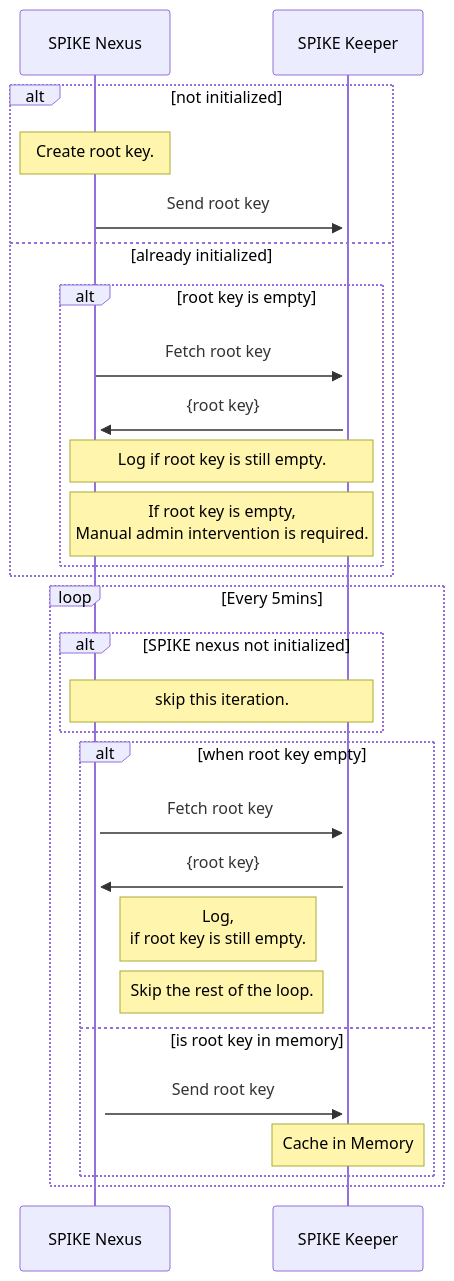
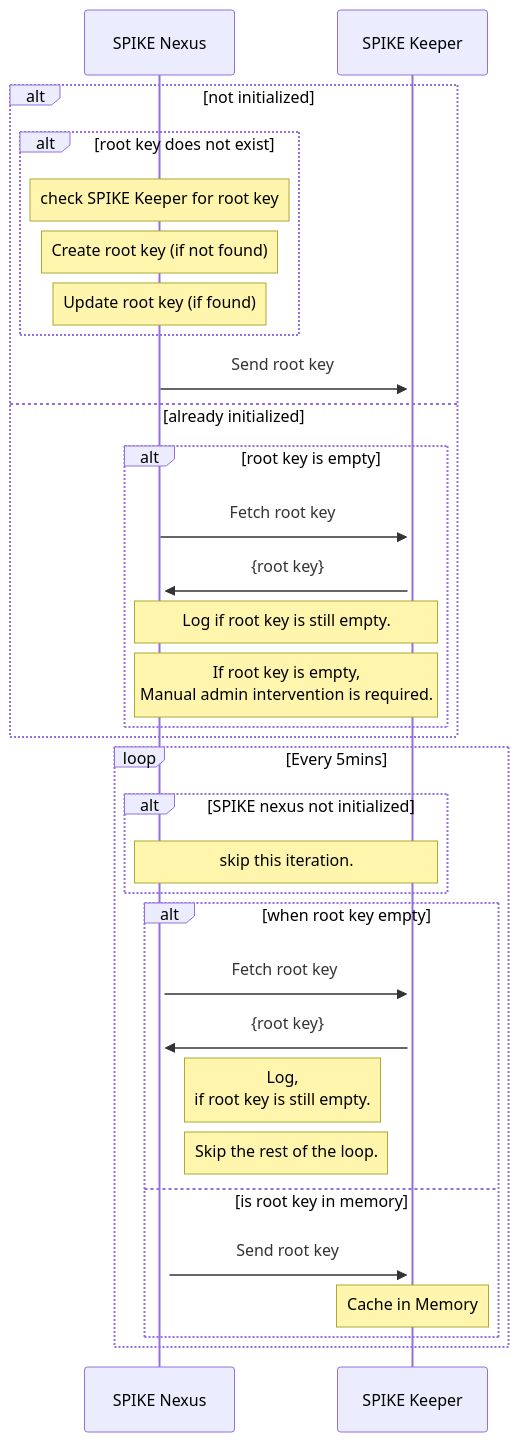
One commit to spiffe/spike changed the diagram in docs/architecture/charts/day-zero.md. Above: the diagram before and after it, drawn with Mermaid. The commit also changed 4 other files, not shown here.

````diff
--- a/docs/architecture/charts/day-zero.md
+++ b/docs/architecture/charts/day-zero.md
@@ -3,35 +3,39 @@
 ```mermaid
 sequenceDiagram
     participant N as SPIKE Nexus
     participant K as SPIKE Keeper
     alt not initialized
-        Note over N: Create root key.
-
+        alt root key does not exist
+            Note over N: check SPIKE Keeper for root key
+            Note over N: Create root key (if not found)
+            Note over N: Update root key (if found)
+        end
+        
         N->>+K: Send root key 
     else already initialized
         alt root key is empty
             N->>+K: Fetch root key 
             K->>+N: {root key}
             Note over N,K: Log if root key is still empty.
             Note over N,K: If root key is empty,<br>Manual admin intervention is required.
         end
     end
 
     loop Every 5mins
         alt SPIKE nexus not initialized
             Note over N,K: skip this iteration.
         end
 
         alt when root key empty
             N->>+K: Fetch root key 
             K->>+N: {root key}
 
             Note right of N: Log,<br>if root key is still empty.
             Note right of N: Skip the rest of the loop.
         else is root key in memory
             N->>+K: Send root key
 
             Note over K: Cache in Memory
         end
     end
 ```
````
